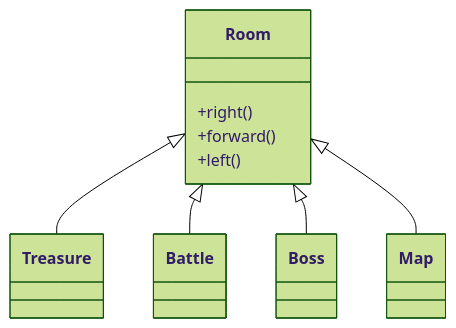
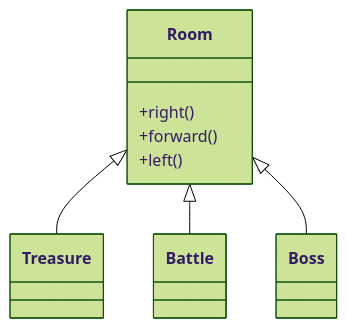
Before and after one commit to edward-yee-ny/j1-summary-project-private-: the first of 3 diagrams in README.md, drawn with Mermaid (forest theme). The commit also changed other lines of this file, not shown here.

````diff
--- a/README.md
+++ b/README.md
@@ -57,10 +57,9 @@
 ```mermaid
 classDiagram
     Room <|-- Treasure
     Room <|-- Battle
     Room <|-- Boss
-    Room <|-- Map
     Room : +right()
     Room : +forward()
     Room : +left()
 ```
````
